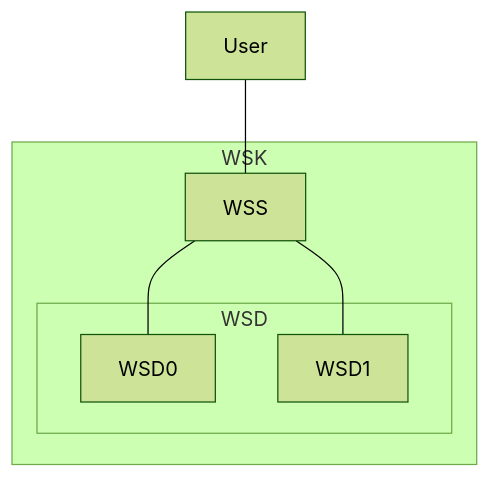
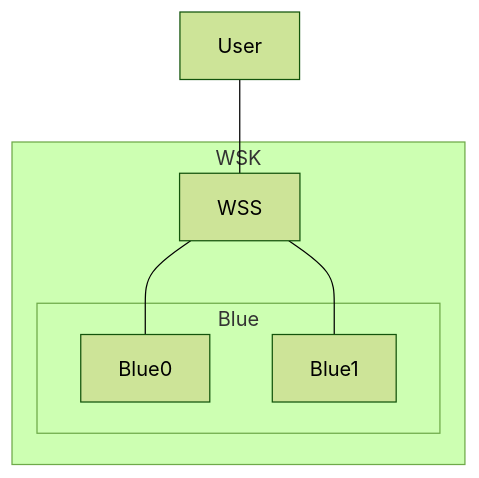
One commit to rik-howard/eg-web-server changed the first of 4 diagrams in kluster/README.md. Above: the diagram before and after it, drawn with Mermaid (forest theme). The commit also changed other lines of this file and 8 other files, not shown here.

````diff
--- a/kluster/README.md
+++ b/kluster/README.md
@@ -42,13 +99,13 @@
 ```mermaid
 graph TD
     User --- Service;
     Service --- Pod0;
     Service --- Pod1;
     subgraph Cluster [WSK]
         Service[WSS]
-        subgraph Deployment [WSD]
-            Pod0[WSD0]
-            Pod1[WSD1]
+        subgraph Deployment [Blue]
+            Pod0[Blue0]
+            Pod1[Blue1]
         end
     end
 ```
````
